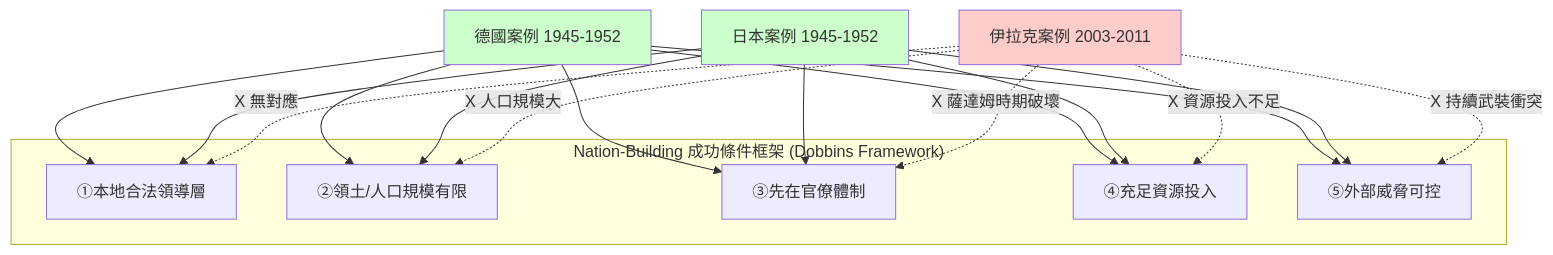
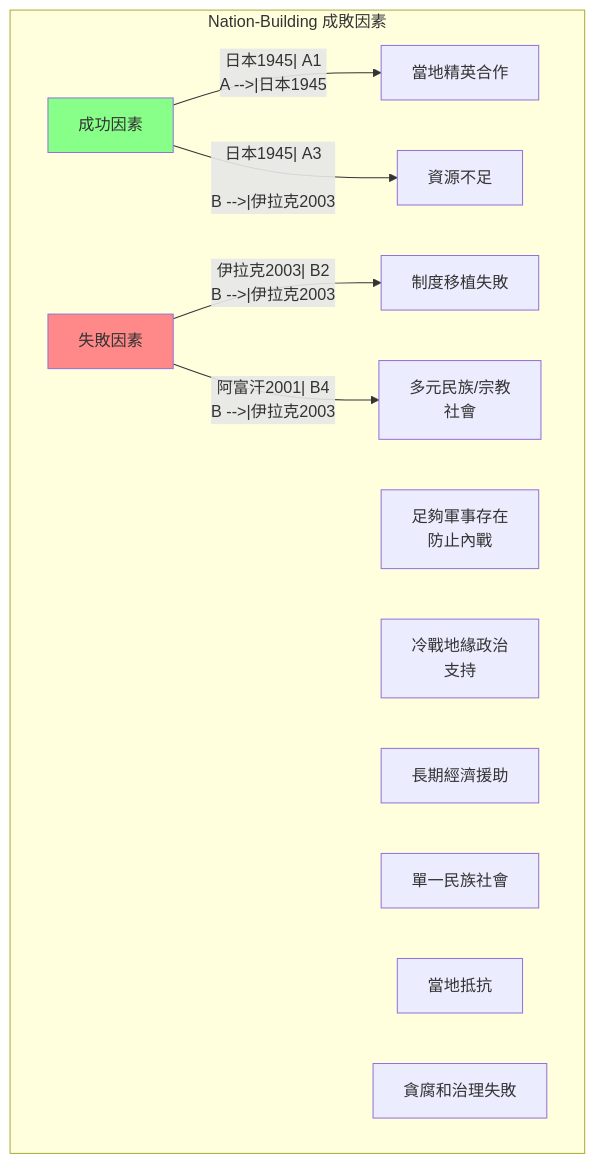
One commit to yip-lgtm/HKU-Harvard-History-Self-Study changed the second of 5 diagrams in 02_Harvard_Courses/101_Foundations/GenEd1017.md. Above: the diagram before and after it, drawn with Mermaid. The commit also changed other lines of this file and 65 other files, not shown here.

````diff
--- a/02_Harvard_Courses/101_Foundations/GenEd1017.md
+++ b/02_Harvard_Courses/101_Foundations/GenEd1017.md
@@ -201,32 +112,31 @@
 ```mermaid
 graph TD
-    subgraph "Nation-Building 成功條件框架 (Dobbins Framework)"
-        A["①本地合法領導層"] 
-        B["②領土/人口規模有限"]
-        C["③先在官僚體制"]
-        D["④充足資源投入"]
-        E["⑤外部威脅可控"]
+    subgraph "Nation-Building 成敗因素"
+        A["成功因素"]
+        A1["足夠軍事存在\n防止內戰"]
+        A2["當地精英合作"]
+        A3["冷戰地緣政治\n支持"]
+        A4["長期經濟援助"]
+        A5["單一民族社會"]
+        
+        B["失敗因素"]
+        B1["資源不足"]
+        B2["當地抵抗"]
+        B3["制度移植失敗"]
+        B4["貪腐和治理失敗"]
+        B5["多元民族/宗教\n社會"]
     end
     
-    F["德國案例 1945-1952"] --> A
-    F --> B
-    F --> C
-    F --> D
-    F --> E
+    A -->|"日本1945| A1
+    A -->|"日本1945| A2
+    A -->|"日本1945| A3
     
-    G["日本案例 1945-1952"] --> A
-    G --> B
-    G --> C
-    G --> D
-    G --> E
+    B -->|"伊拉克2003| B1
+    B -->|"伊拉克2003| B2
+    B -->|"伊拉克2003| B3
+    B -->|"阿富汗2001| B4
+    B -->|"伊拉克2003| B5
     
-    H["伊拉克案例 2003-2011"] -.->|X 無對應| A
-    H -.->|X 人口規模大| B
-    H -.->|X 薩達姆時期破壞| C
-    H -.->|X 資源投入不足| D
-    H -.->|X 持續武裝衝突| E
-    
-    style H fill:#fcc
-    style F fill:#cfc
-    style G fill:#cfc
+    style A fill:#8f8
+    style B fill:#f88
 ```
````
